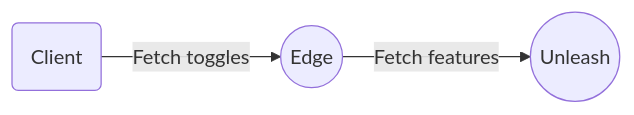
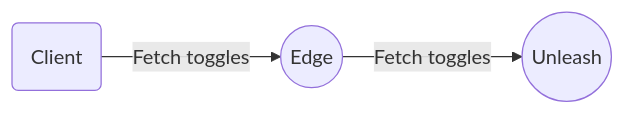
The first of 3 diagrams in README.md (Unleash/unleash-edge), drawn with Mermaid before and after one commit. The commit also changed other lines of this file, not shown here.

Commit message:
docs: toggles instead of features

````diff
--- a/README.md
+++ b/README.md
@@ -40,5 +40,5 @@
 ```mermaid
 graph LR
   A(Client) -->|Fetch toggles| B((Edge))
-  B-->|Fetch features| C((Unleash))
+  B-->|Fetch toggles| C((Unleash))
 ```
````
